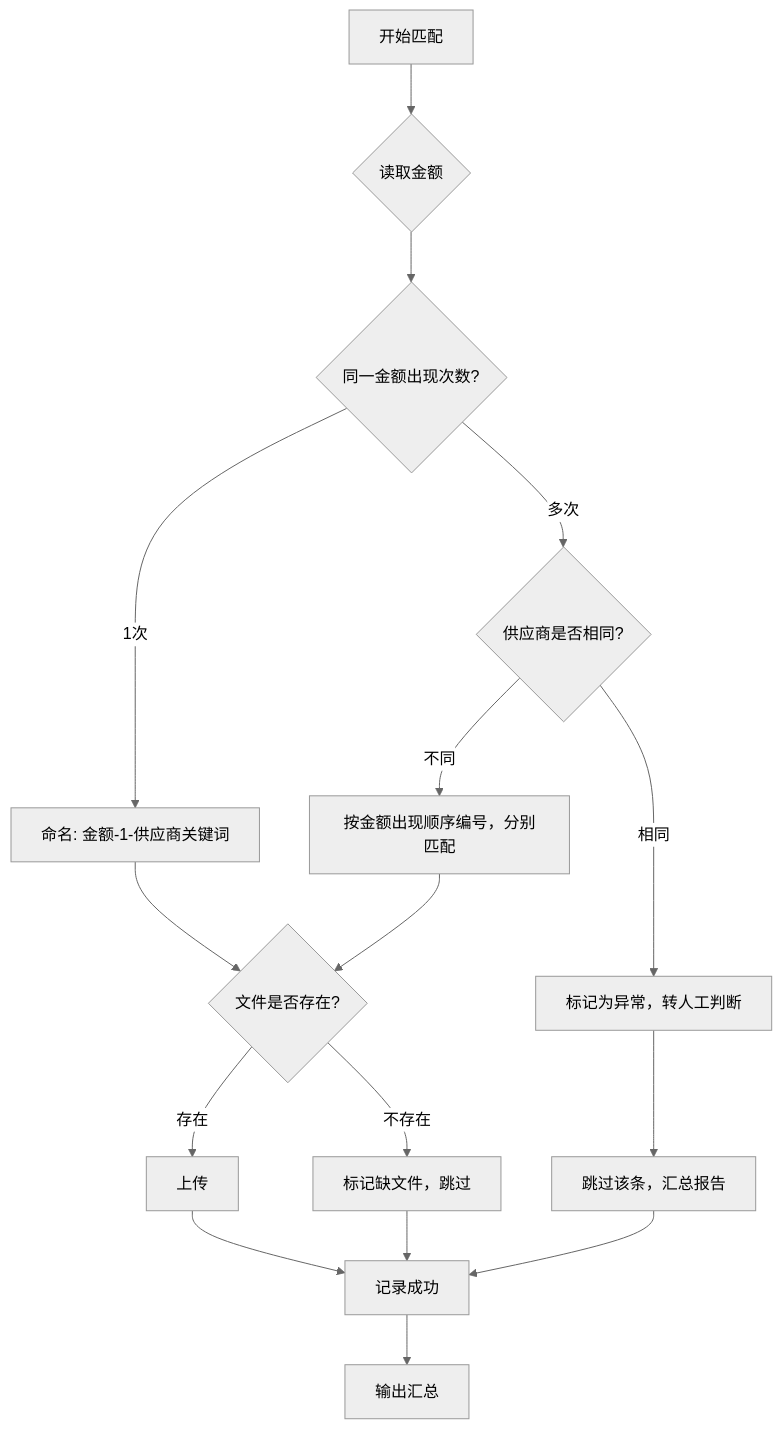
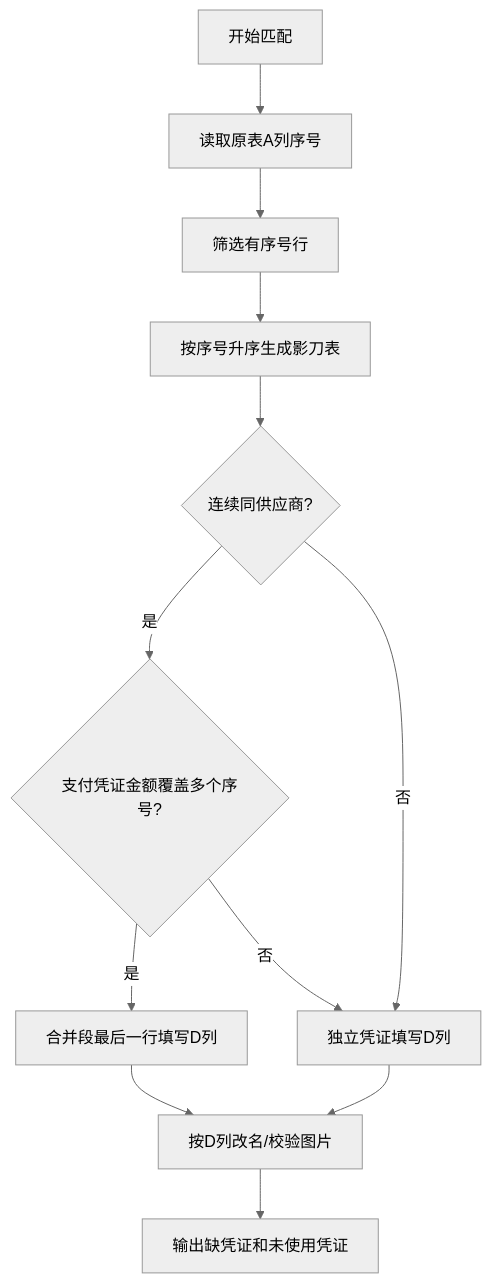
One commit to wangguo-ai/patpat changed the diagram in AI执行指南/凭证匹配决策表.md. Above: the diagram before and after it, drawn with Mermaid (neutral theme). The commit also changed other lines of this file and 73 other files, not shown here.

````diff
--- a/AI执行指南/凭证匹配决策表.md
+++ b/AI执行指南/凭证匹配决策表.md
@@ -9,18 +11,14 @@
 ```mermaid
 flowchart TD
-    A[开始匹配] --> B{读取金额}
-    B --> C{同一金额出现次数?}
-    C -->|1次| D[命名: 金额-1-供应商关键词]
-    C -->|多次| E{供应商是否相同?}
-    E -->|不同| F[按金额出现顺序编号，分别匹配]
-    E -->|相同| G[标记为异常，转人工判断]
-    F --> H{文件是否存在?}
-    D --> H
-    H -->|存在| I[上传]
-    H -->|不存在| J[标记缺文件，跳过]
-    G --> K[跳过该条，汇总报告]
-    I --> L[记录成功]
-    J --> L
-    K --> L
-    L --> M[输出汇总]
+    A[开始匹配] --> B[读取原表A列序号]
+    B --> C[筛选有序号行]
+    C --> D[按序号升序生成影刀表]
+    D --> E{连续同供应商?}
+    E -->|是| F{支付凭证金额覆盖多个序号?}
+    F -->|是| G[合并段最后一行填写D列]
+    F -->|否| H[独立凭证填写D列]
+    E -->|否| H
+    G --> I[按D列改名/校验图片]
+    H --> I
+    I --> J[输出缺凭证和未使用凭证]
 ```
````
